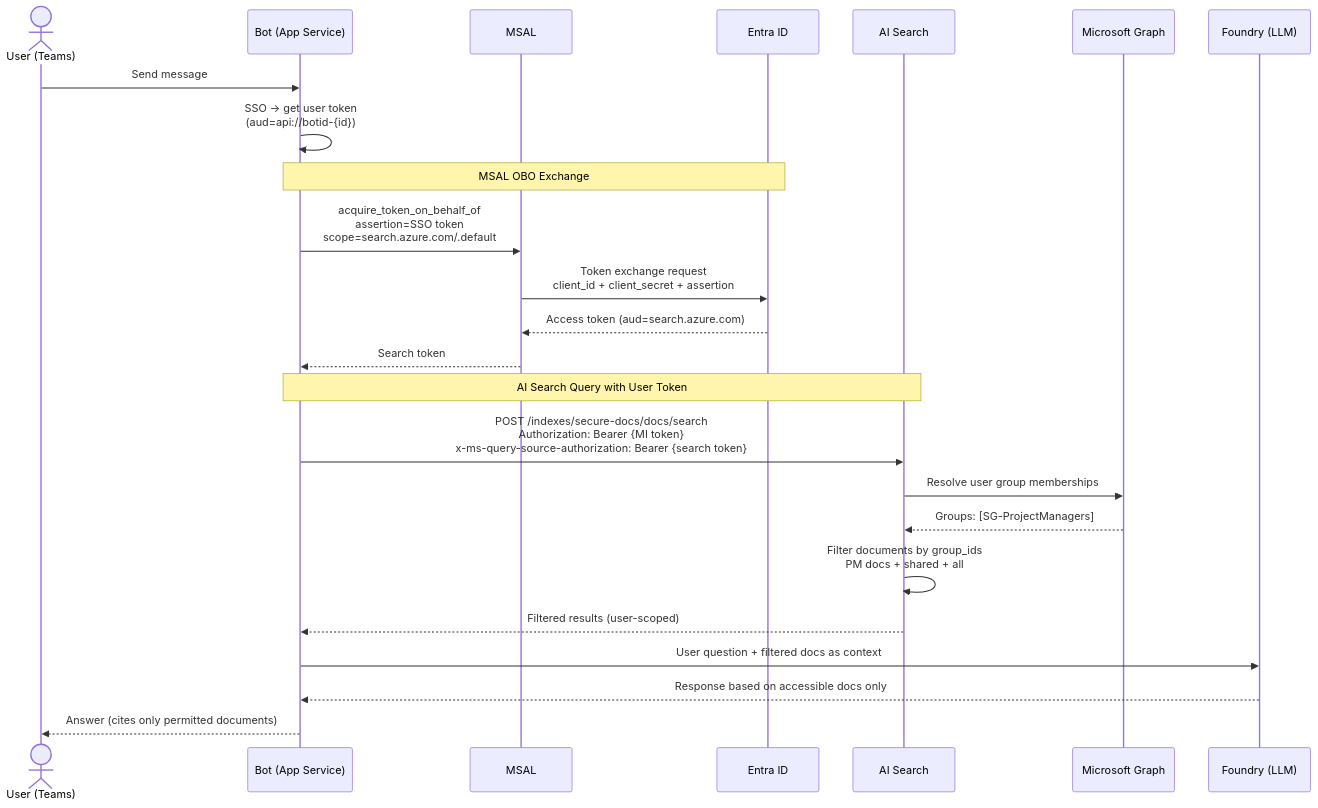
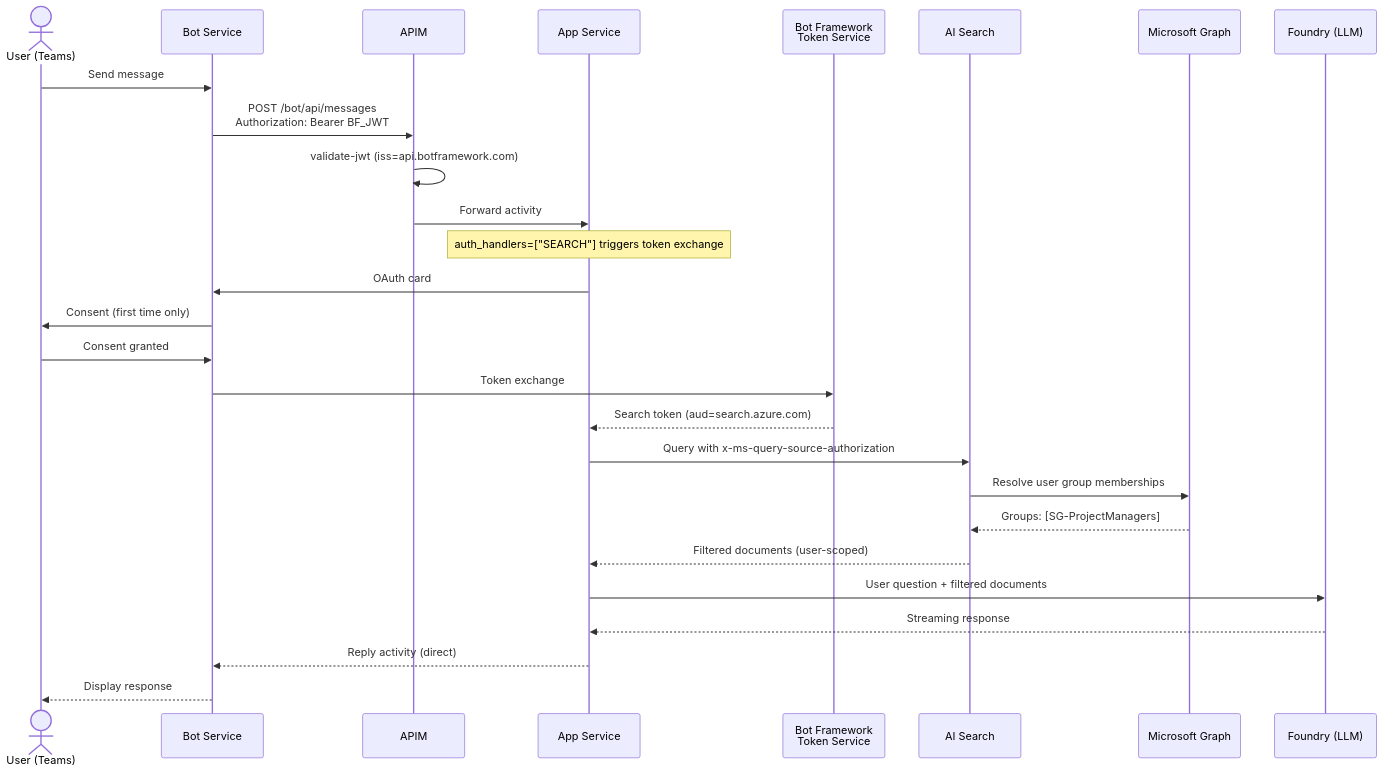
The second of 2 diagrams in docs/architecture.md (Azure-Samples/bring-your-own-agent-to-m365-accelerator), drawn with Mermaid before and after one commit. The commit also changed other lines of this file and 1 other file, not shown here.

First line of the commit message:
docs: clean README and architecture — current state only

````diff
--- a/docs/architecture.md
+++ b/docs/architecture.md
@@ -574,35 +86,34 @@
 ```mermaid
 sequenceDiagram
     actor User as User (Teams)
-    participant Bot as Bot (App Service)
-    participant MSAL as MSAL
-    participant Entra as Entra ID
+    participant Bot as Bot Service
+    participant APIM as APIM
+    participant App as App Service
+    participant TokenSvc as Bot Framework<br/>Token Service
     participant Search as AI Search
     participant Graph as Microsoft Graph
     participant LLM as Foundry (LLM)
 
     User->>Bot: Send message
-    Bot->>Bot: SSO → get user token<br/>(aud=api://botid-{id})
+    Bot->>APIM: POST /bot/api/messages<br/>Authorization: Bearer BF_JWT
+    APIM->>APIM: validate-jwt (iss=api.botframework.com)
+    APIM->>App: Forward activity
 
-    Note over Bot,Entra: MSAL OBO Exchange
+    Note over App: auth_handlers=["SEARCH"] triggers token exchange
 
-    Bot->>MSAL: acquire_token_on_behalf_of<br/>assertion=SSO token<br/>scope=search.azure.com/.default
-    MSAL->>Entra: Token exchange request<br/>client_id + client_secret + assertion
-    Entra-->>MSAL: Access token (aud=search.azure.com)
-    MSAL-->>Bot: Search token
+    App->>Bot: OAuth card
+    Bot->>User: Consent (first time only)
+    User->>Bot: Consent granted
+    Bot->>TokenSvc: Token exchange
+    TokenSvc-->>App: Search token (aud=search.azure.com)
 
-    Note over Bot,Search: AI Search Query with User Token
-
-    Bot->>Search: POST /indexes/secure-docs/docs/search<br/>Authorization: Bearer {MI token}<br/>x-ms-query-source-authorization: Bearer {search token}
-
+    App->>Search: Query with x-ms-query-source-authorization
     Search->>Graph: Resolve user group memberships
     Graph-->>Search: Groups: [SG-ProjectManagers]
+    Search-->>App: Filtered documents (user-scoped)
 
-    Search->>Search: Filter documents by group_ids<br/>PM docs + shared + all
-
-    Search-->>Bot: Filtered results (user-scoped)
-
-    Bot->>LLM: User question + filtered docs as context
-    LLM-->>Bot: Response based on accessible docs only
-    Bot-->>User: Answer (cites only permitted documents)
+    App->>LLM: User question + filtered documents
+    LLM-->>App: Streaming response
+    App-->>Bot: Reply activity (direct)
+    Bot-->>User: Display response
 ```
````
